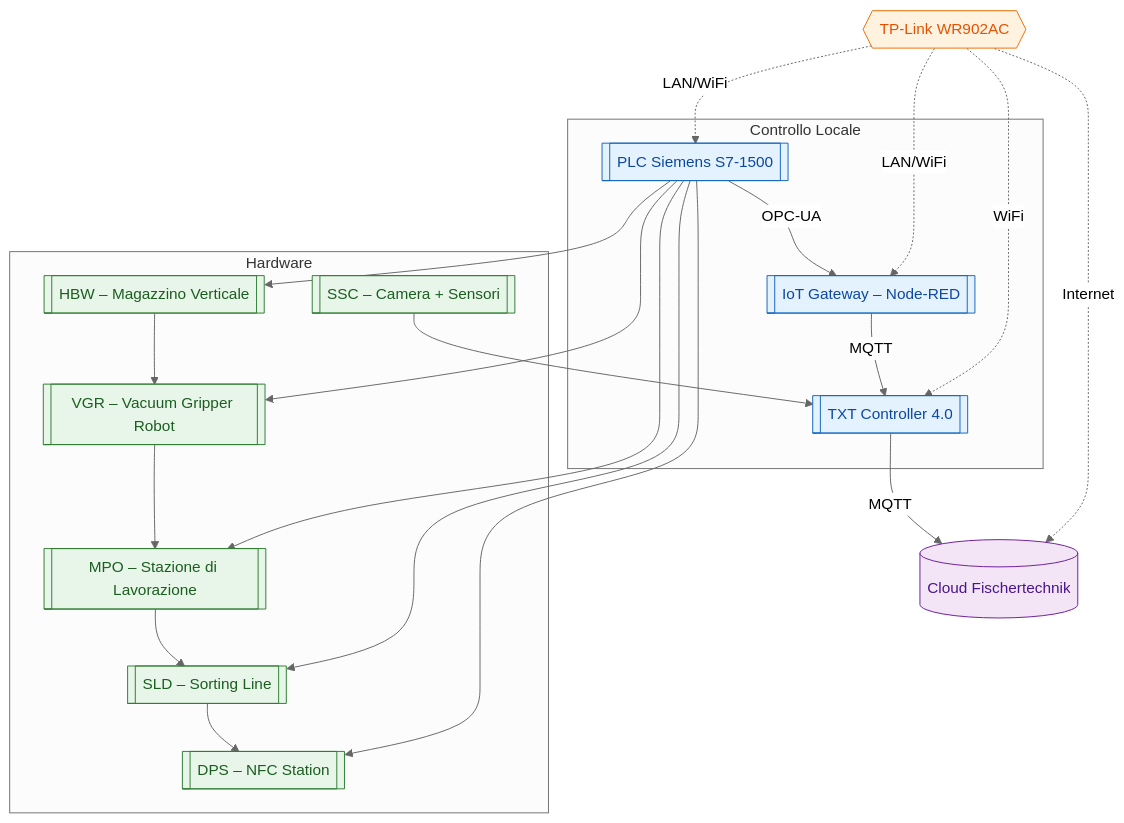
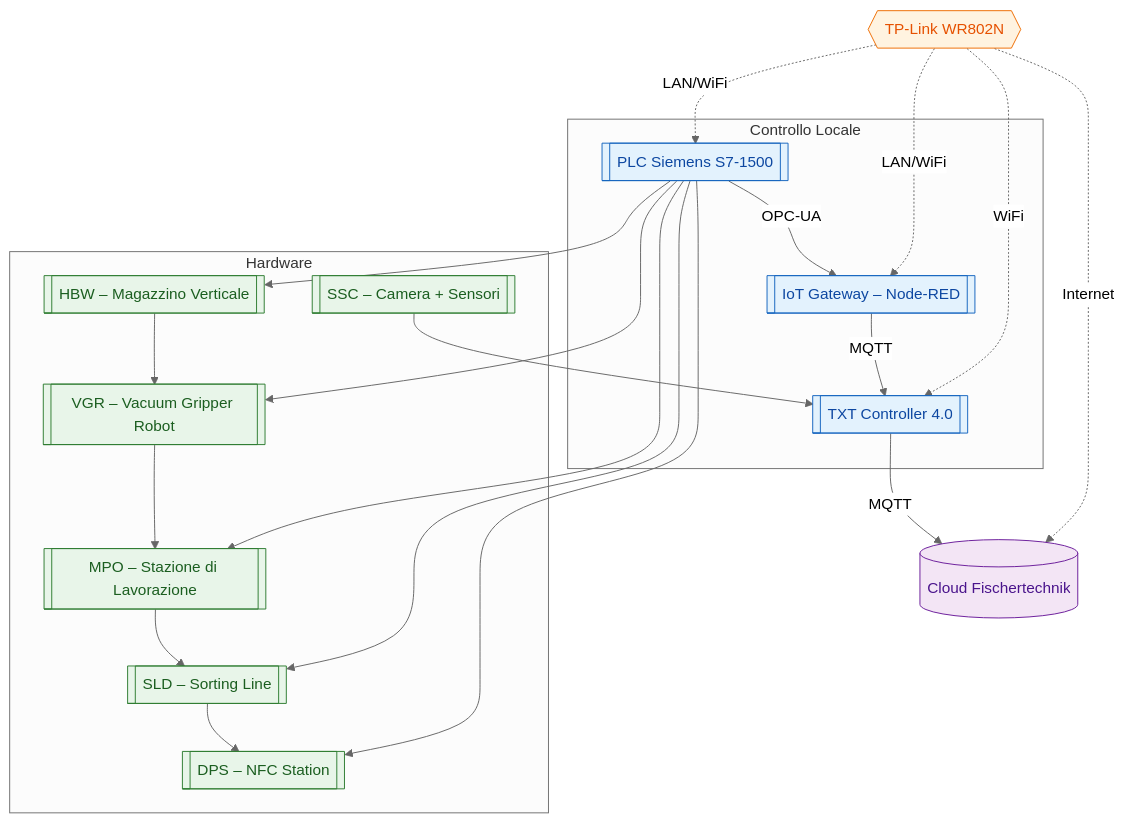
One commit to Youss-elji/my-vault changed the first of 3 diagrams in microfactory-fischertechnik/01_architettura.md. Above: the diagram before and after it, drawn with Mermaid (neutral theme). The commit also changed other lines of this file and 45 other files, not shown here.

````diff
--- a/microfactory-fischertechnik/01_architettura.md
+++ b/microfactory-fischertechnik/01_architettura.md
@@ -15,43 +16,43 @@
 ```mermaid
 flowchart TB
     classDef hw fill:#e8f5e9,stroke:#2e7d32,stroke-width:1px,color:#1b5e20;
     classDef ctrl fill:#e3f2fd,stroke:#1565c0,stroke-width:1px,color:#0d47a1;
     classDef cloud fill:#f3e5f5,stroke:#6a1b9a,stroke-width:1px,color:#4a148c;
     classDef net fill:#fff3e0,stroke:#ef6c00,stroke-width:1px,color:#e65100;
 
     subgraph Hardware
         HBW[[HBW – Magazzino Verticale]]:::hw
         VGR[[VGR – Vacuum Gripper Robot]]:::hw
         MPO[[MPO – Stazione di Lavorazione]]:::hw
         SLD[[SLD – Sorting Line]]:::hw
         DPS[[DPS – NFC Station]]:::hw
         SSC[[SSC – Camera + Sensori]]:::hw
     end
 
     subgraph Controllo Locale
         PLC[[PLC Siemens S7-1500]]:::ctrl
         GATEWAY[[IoT Gateway – Node-RED]]:::ctrl
         TXT[[TXT Controller 4.0]]:::ctrl
     end
 
     CLOUD[(Cloud Fischertechnik)]:::cloud
-    ROUTER{{TP-Link WR902AC}}:::net
+    ROUTER{{TP-Link WR802N}}:::net
 
     HBW --> VGR --> MPO --> SLD --> DPS
     SSC --> TXT
 
     PLC --> HBW
     PLC --> VGR
     PLC --> MPO
     PLC --> SLD
     PLC --> DPS
 
     PLC -- OPC-UA --> GATEWAY
     GATEWAY -- MQTT --> TXT
     TXT -- MQTT --> CLOUD
 
     ROUTER -. LAN/WiFi .-> PLC
     ROUTER -. LAN/WiFi .-> GATEWAY
     ROUTER -. WiFi .-> TXT
     ROUTER -. Internet .-> CLOUD
 ```
````
